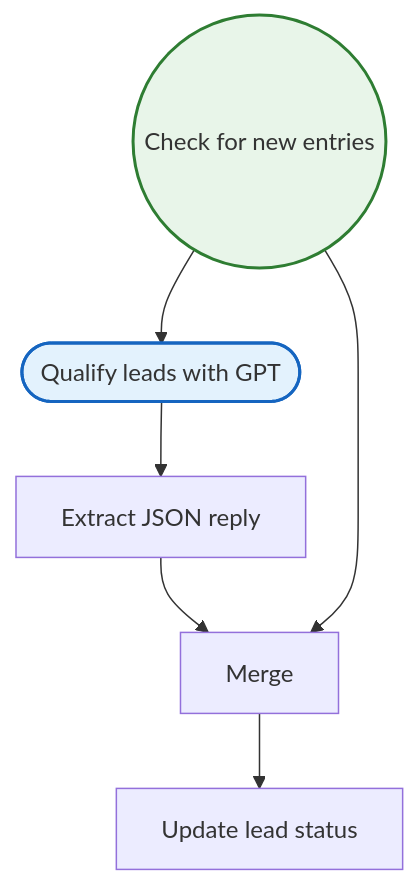
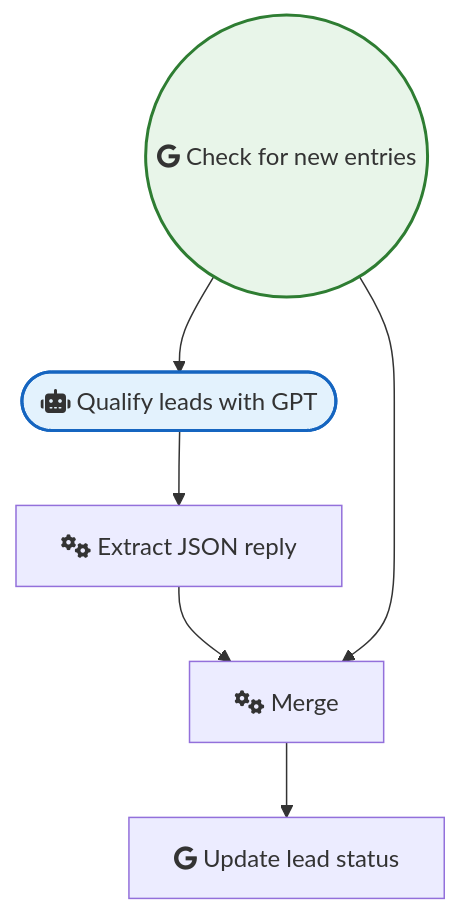
Before and after one commit to sreyash3105/N8N-DEMO-AUTOMATIONS: the diagram in Google_Drive_and_Google_Sheets/Qualify New Leads in Google Sheets via Openai S Gpt-4.md, drawn with Mermaid. The commit also changed 291 other files, not shown here.

````diff
--- a/Google_Drive_and_Google_Sheets/Qualify New Leads in Google Sheets via Openai S Gpt-4.md
+++ b/Google_Drive_and_Google_Sheets/Qualify New Leads in Google Sheets via Openai S Gpt-4.md
@@ -1,18 +1,18 @@
 ```mermaid
 graph TD
     classDef trigger fill:#e8f5e9,stroke:#2e7d32,stroke-width:2px;
     classDef ai fill:#e3f2fd,stroke:#1565c0,stroke-width:2px;
     classDef logic fill:#fff3e0,stroke:#ef6c00,stroke-width:2px;
 
-    Merge["Merge"]
-    Update_lead_status["Update lead status"]
-    Extract_JSON_reply["Extract JSON reply"]
-    Qualify_leads_with_GPT(["Qualify leads with GPT"]):::ai
-    Check_for_new_entries(("Check for new entries")):::trigger
+    Merge["fas:fa-cogs Merge"]
+    Update_lead_status["fab:fa-google Update lead status"]
+    Extract_JSON_reply["fas:fa-cogs Extract JSON reply"]
+    Qualify_leads_with_GPT(["fas:fa-robot Qualify leads with GPT"]):::ai
+    Check_for_new_entries(("fab:fa-google Check for new entries")):::trigger
 
     Merge --> Update_lead_status
     Extract_JSON_reply --> Merge
     Check_for_new_entries --> Merge
     Check_for_new_entries --> Qualify_leads_with_GPT
     Qualify_leads_with_GPT --> Extract_JSON_reply
 ```
````
